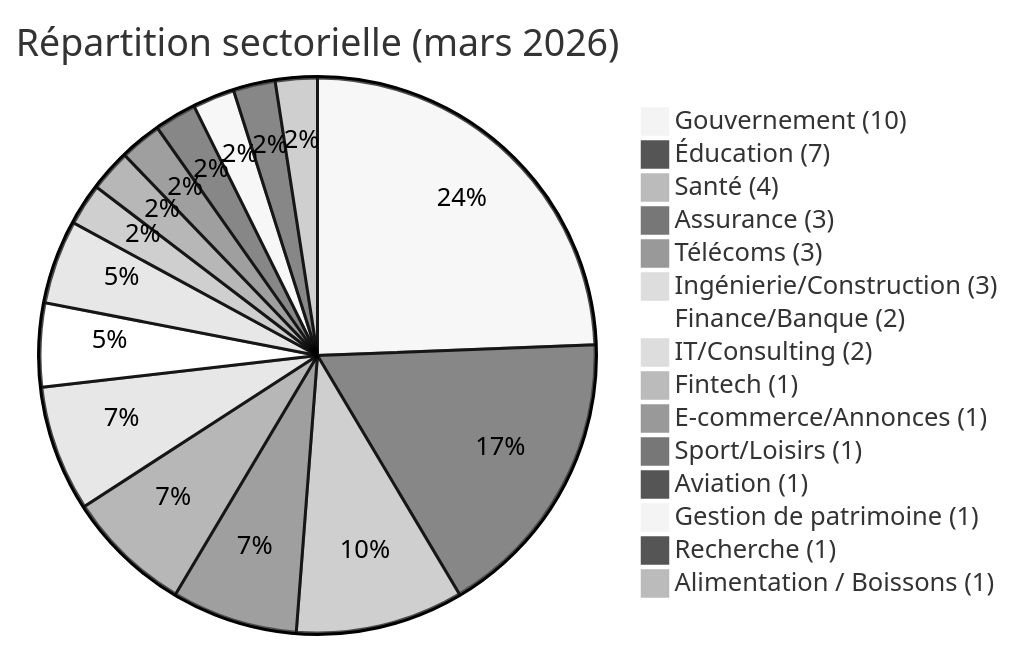
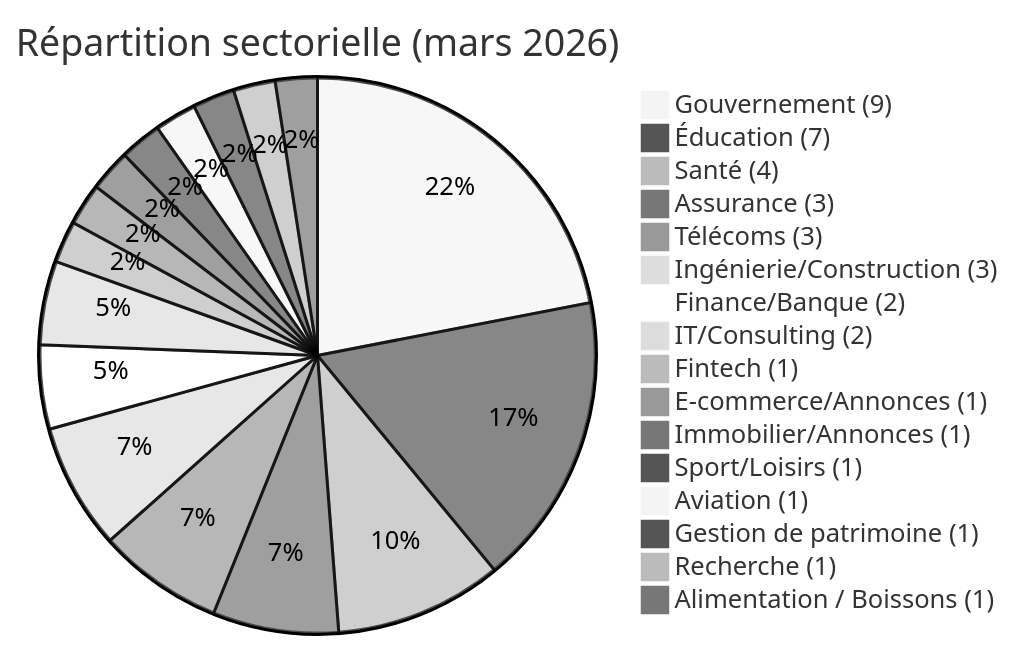
One commit to Hatchepsoute/AFRINTEL changed the fourth of 5 diagrams in CyberAttackAfrica/2026/03-march/README_FR.md. Above: the diagram before and after it, drawn with Mermaid (neutral theme). The commit also changed other lines of this file and 255 other files, not shown here.

````diff
--- a/CyberAttackAfrica/2026/03-march/README_FR.md
+++ b/CyberAttackAfrica/2026/03-march/README_FR.md
@@ -143,19 +140,20 @@
 ```mermaid
 pie
  title Répartition sectorielle (mars 2026)
- "Gouvernement (10)" : 10
+ "Gouvernement (9)" : 9
  "Éducation (7)" : 7
  "Santé (4)" : 4
  "Assurance (3)" : 3
  "Télécoms (3)" : 3
  "Ingénierie/Construction (3)" : 3
  "Finance/Banque (2)" : 2
  "IT/Consulting (2)" : 2
  "Fintech (1)" : 1
  "E-commerce/Annonces (1)" : 1
+ "Immobilier/Annonces (1)" : 1
  "Sport/Loisirs (1)" : 1
  "Aviation (1)" : 1
  "Gestion de patrimoine (1)" : 1
  "Recherche (1)" : 1
  "Alimentation / Boissons (1)" : 1
 ```
````
